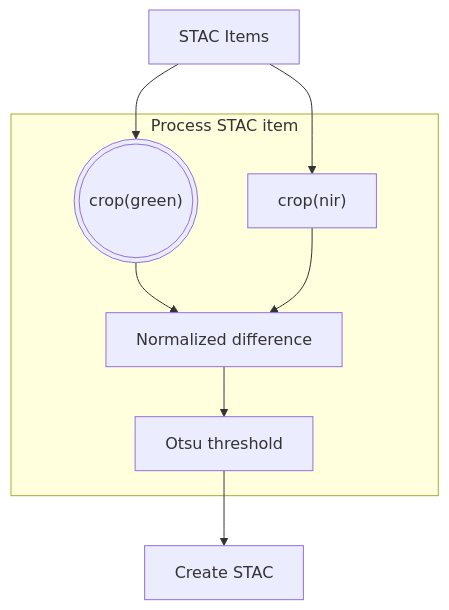
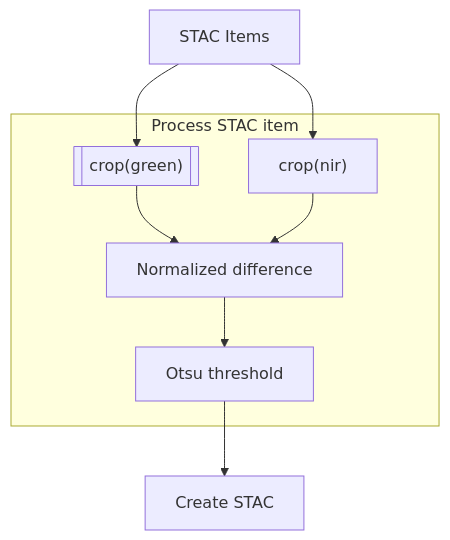
The diagram in docs/app/app.md (Terradue/app-package-training-bids23), drawn with Mermaid before and after one commit.

````diff
--- a/docs/app/app.md
+++ b/docs/app/app.md
@@ -32,11 +32,11 @@
 ``` mermaid
 graph TB
   A[STAC Items] --> B
   A[STAC Items] --> C
 subgraph Process STAC item
-  B((("crop(green)"))) --> D[Normalized difference];
+  B[["crop(green)"]] --> D[Normalized difference];
   C["crop(nir)"] --> D[Normalized difference];
   D --> E[Otsu threshold]
 end
   E --> F[Create STAC]
 ```
````
